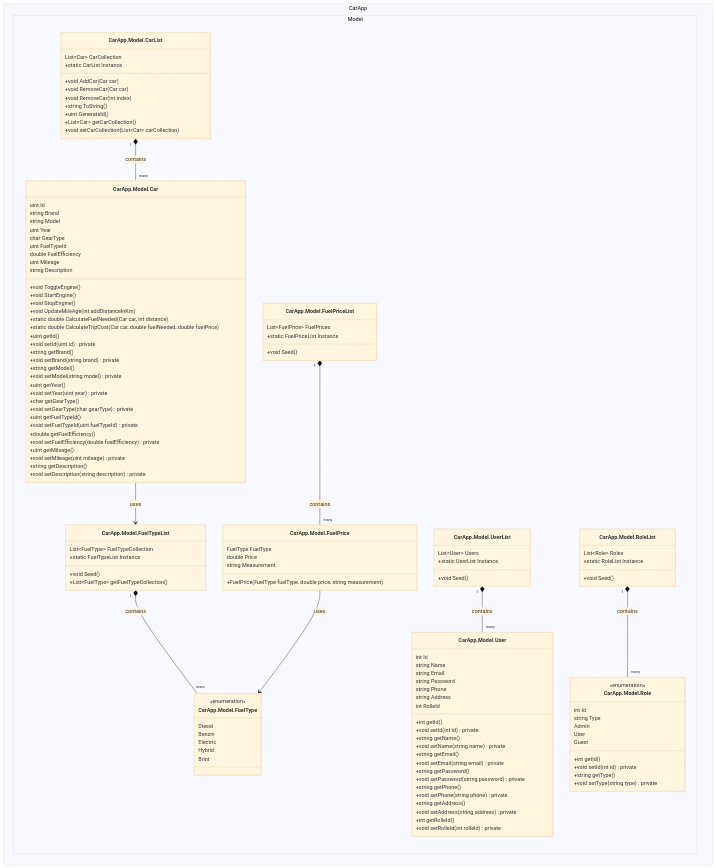
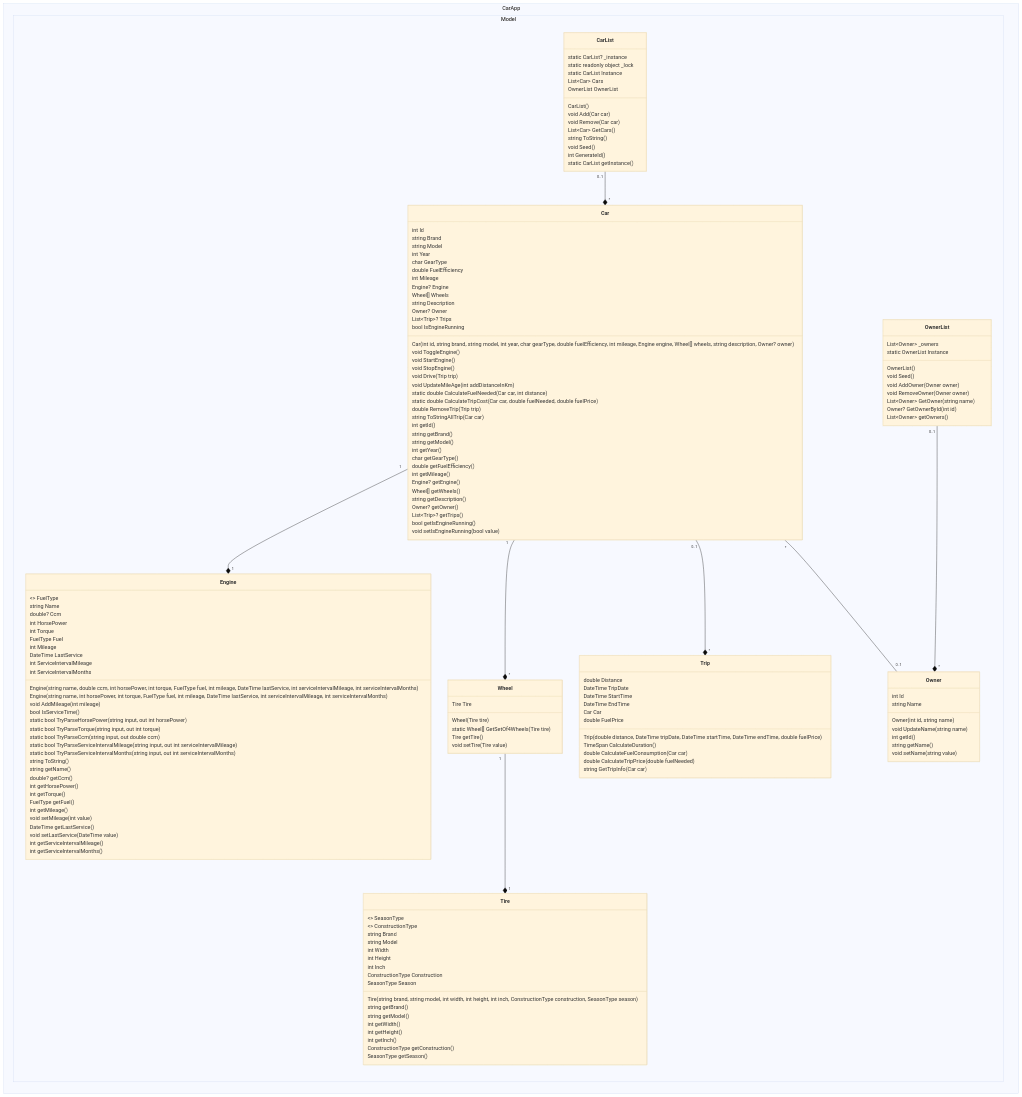
Before and after one commit to Tirsvad/TirsvadDatamatiker.CarApp: the diagram in documentation/DCD.mmd, drawn with Mermaid (base theme). The commit also changed 258 other files, not shown here.

Commit message:
Add Tire and Wheel class Move Enginetype under Car class

```diff
--- a/documentation/DCD.mmd
+++ b/documentation/DCD.mmd
@@ -1,139 +1,170 @@
+---
+DCD for the CarApp project
+---
+
 classDiagram
-    namespace CarApp.Model {
-        class CarApp.Model.Car {
-            uint Id
-            string Brand
-            string Model
-            uint Year
-            char GearType
-            uint FuelTypeId
-            double FuelEfficiency
-            uint Mileage
-            string Description
-            +void ToggleEngine()
-            +void StartEngine()
-            +void StopEngine()
-            +void UpdateMileAge(int addDistanceInKm)
-            +static double CalculateFuelNeeded(Car car, int distance)
-            +static double CalculateTripCost(Car car, double fuelNeeded, double fuelPrice)
-            +uint getId()
-            +void setId(uint id) private
-            +string getBrand()
-            +void setBrand(string brand) private
-            +string getModel()
-            +void setModel(string model) private
-            +uint getYear()
-            +void setYear(uint year) private
-            +char getGearType()
-            +void setGearType(char gearType) private
-            +uint getFuelTypeId()
-            +void setFuelTypeId(uint fuelTypeId) private
-            +double getFuelEfficiency()
-            +void setFuelEfficiency(double fuelEfficiency) private
-            +uint getMileage()
-            +void setMileage(uint mileage) private
-            +string getDescription()
-            +void setDescription(string description) private
-        }
 
-        class CarApp.Model.CarList {
-            List~Car~ CarCollection
-            +static CarList Instance
-            +void AddCar(Car car)
-            +void RemoveCar(Car car)
-            +void RemoveCar(int index)
-            +string ToString()
-            +uint GenerateId()
-            +List~Car~ getCarCollection()
-            +void setCarCollection(List~Car~ carCollection)
-        }
-
-        class CarApp.Model.FuelType {
-            <<enumeration>>
-            Diesel
-            Benzin
-            Electric
-            Hybrid
-            Brint
-        }
-
-        class CarApp.Model.FuelTypeList {
-            List~FuelType~ FuelTypeCollection
-            +static FuelTypeList Instance
-            +void Seed()
-            +List~FuelType~ getFuelTypeCollection()
-        }
-
-        class CarApp.Model.User {
-            int Id
-            string Name
-            string Email
-            string Password
-            string Phone
-            string Address
-            int RolleId
-            +int getId()
-            +void setId(int id) private
-            +string getName()
-            +void setName(string name) private
-            +string getEmail()
-            +void setEmail(string email) private
-            +string getPassword()
-            +void setPassword(string password) private
-            +string getPhone()
-            +void setPhone(string phone) private
-            +string getAddress()
-            +void setAddress(string address) private
-            +int getRolleId()
-            +void setRolleId(int rolleId) private
-        }
-
-        class CarApp.Model.UserList {
-            List~User~ Users
-            +static UserList Instance
-            +void Seed()
-        }
-
-        class CarApp.Model.Role {
-            int Id
-            string Type
-            +int getId()
-            +void setId(int id) private
-            +string getType()
-            +void setType(string type) private
-        }
-
-        class CarApp.Model.RoleList {
-            List~Role~ Roles
-            +static RoleList Instance
-            +void Seed()
-        }
-
-        class CarApp.Model.Role {
-            <<enumeration>>
-            Admin
-            User
-            Guest
-        }
-
-        class CarApp.Model.FuelPrice {
-            FuelType FuelType
-            double Price
-            string Measurement
-            +FuelPrice(FuelType fuelType, double price, string measurement)
-        }
-
-        class CarApp.Model.FuelPriceList {
-            List~FuelPrice~ FuelPrices
-            +static FuelPriceList Instance
-            +void Seed()
-        }
+namespace CarApp.Model {
+    class Car {
+        int Id
+        string Brand
+        string Model
+        int Year
+        char GearType
+        double FuelEfficiency
+        int Mileage
+        Engine? Engine
+        Wheel[] Wheels
+        string Description
+        Owner? Owner
+        List~Trip~? Trips
+        bool IsEngineRunning
+        Car(int id, string brand, string model, int year, char gearType, double fuelEfficiency, int mileage, Engine engine, Wheel[] wheels, string description, Owner? owner)
+        void ToggleEngine()
+        void StartEngine()
+        void StopEngine()
+        void Drive(Trip trip)
+        void UpdateMileAge(int addDistanceInKm)
+        static double CalculateFuelNeeded(Car car, int distance)
+        static double CalculateTripCost(Car car, double fuelNeeded, double fuelPrice)
+        double RemoveTrip(Trip trip)
+        string ToStringAllTrip(Car car)
+        int getId()
+        string getBrand()
+        string getModel()
+        int getYear()
+        char getGearType()
+        double getFuelEfficiency()
+        int getMileage()
+        Engine? getEngine()
+        Wheel[] getWheels()
+        string getDescription()
+        Owner? getOwner()
+        List~Trip~? getTrips()
+        bool getIsEngineRunning()
+        void setIsEngineRunning(bool value)
     }
 
-    CarApp.Model.Car --> CarApp.Model.FuelTypeList : uses
-    CarApp.Model.CarList "1" *-- "many" CarApp.Model.Car : contains
-    CarApp.Model.FuelTypeList "1" *-- "many" CarApp.Model.FuelType : contains
-    CarApp.Model.UserList "1" *-- "many" CarApp.Model.User : contains
-    CarApp.Model.RoleList "1" *-- "many" CarApp.Model.Role : contains
-    CarApp.Model.FuelPriceList "1" *-- "many" CarApp.Model.FuelPrice : contains
-    CarApp.Model.FuelPrice --> CarApp.Model.FuelType : uses
+    class Engine {
+        <<enumeration>> FuelType
+        string Name
+        double? Ccm
+        int HorsePower
+        int Torque
+        FuelType Fuel
+        int Mileage
+        DateTime LastService
+        int ServiceIntervalMileage
+        int ServiceIntervalMonths
+        Engine(string name, double ccm, int horsePower, int torque, FuelType fuel, int mileage, DateTime lastService, int serviceIntervalMileage, int serviceIntervalMonths)
+        Engine(string name, int horsePower, int torque, FuelType fuel, int mileage, DateTime lastService, int serviceIntervalMileage, int serviceIntervalMonths)
+        void AddMileage(int mileage)
+        bool IsServiceTime()
+        static bool TryParseHorsePower(string input, out int horsePower)
+        static bool TryParseTorque(string input, out int torque)
+        static bool TryParseCcm(string input, out double ccm)
+        static bool TryParseServiceIntervalMileage(string input, out int serviceIntervalMileage)
+        static bool TryParseServiceIntervalMonths(string input, out int serviceIntervalMonths)
+        string ToString()
+        string getName()
+        double? getCcm()
+        int getHorsePower()
+        int getTorque()
+        FuelType getFuel()
+        int getMileage()
+        void setMileage(int value)
+        DateTime getLastService()
+        void setLastService(DateTime value)
+        int getServiceIntervalMileage()
+        int getServiceIntervalMonths()
+    }
+
+    class Owner {
+        int Id
+        string Name
+        Owner(int id, string name)
+        void UpdateName(string name)
+        int getId()
+        string getName()
+        void setName(string value)
+    }
+
+    class Trip {
+        double Distance
+        DateTime TripDate
+        DateTime StartTime
+        DateTime EndTime
+        Car Car
+        double FuelPrice
+        Trip(double distance, DateTime tripDate, DateTime startTime, DateTime endTime, double fuelPrice)
+        TimeSpan CalculateDuration()
+        double CalculateFuelConsumption(Car car)
+        double CalculateTripPrice(double fuelNeeded)
+        string GetTripInfo(Car car)
+    }
+
+    class Wheel {
+        Tire Tire
+        Wheel(Tire tire)
+        static Wheel[] GetSetOf4Wheels(Tire tire)
+        Tire getTire()
+        void setTire(Tire value)
+    }
+
+    class Tire {
+        <<enumeration>> SeasonType
+        <<enumeration>> ConstructionType
+        string Brand
+        string Model
+        int Width
+        int Height
+        int Inch
+        ConstructionType Construction
+        SeasonType Season
+        Tire(string brand, string model, int width, int height, int inch, ConstructionType construction, SeasonType season)
+        string getBrand()
+        string getModel()
+        int getWidth()
+        int getHeight()
+        int getInch()
+        ConstructionType getConstruction()
+        SeasonType getSeason()
+    }
+
+    class CarList {
+        static CarList? _instance
+        static readonly object _lock
+        static CarList Instance
+        List~Car~ Cars
+        OwnerList OwnerList
+        CarList()
+        void Add(Car car)
+        void Remove(Car car)
+        List~Car~ GetCars()
+        string ToString()
+        void Seed()
+        int GenerateId()
+        static CarList getInstance()
+    }
+
+    class OwnerList {
+        List~Owner~ _owners
+        static OwnerList Instance
+        OwnerList()
+        void Seed()
+        void AddOwner(Owner owner)
+        void RemoveOwner(Owner owner)
+        List~Owner~ GetOwner(string name)
+        Owner? GetOwnerById(int id)
+        List~Owner~ getOwners()
+    }
+
+}
+
+Car "1" --* "1" Engine
+Car "1" --* "*" Wheel
+Car "0..1" --* "*" Trip
+Car "*" -- "0..1" Owner
+Wheel "1" --* "1" Tire
+CarList "0..1" --* "*" Car
+OwnerList "0..1" --* "*" Owner
```
